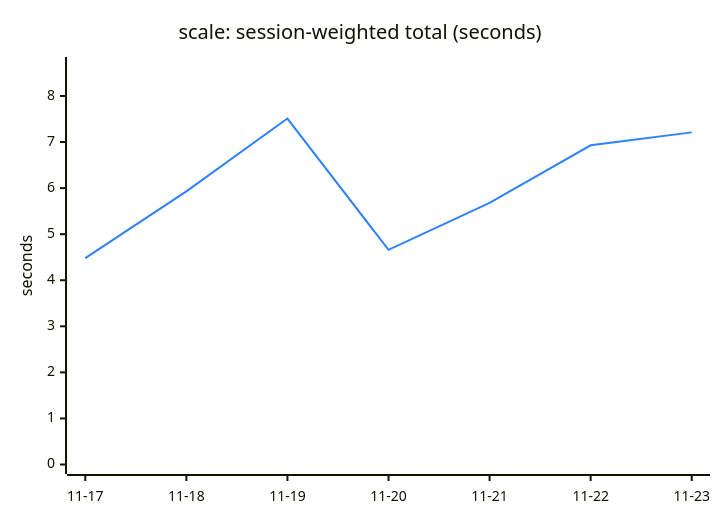
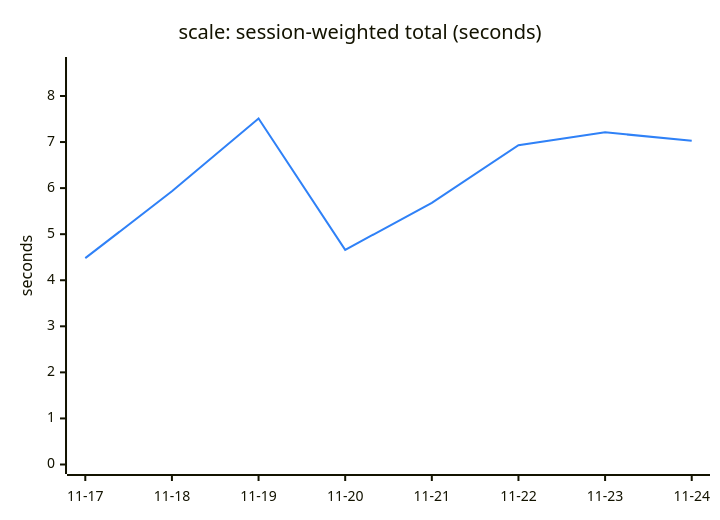
Before and after one commit to Ricovl/mxcli: the third of 6 diagrams in TREND.md, drawn with Mermaid. The commit also changed other lines of this file and 2 other files, not shown here.

````diff
--- a/TREND.md
+++ b/TREND.md
@@ -83,13 +83,13 @@
 ```mermaid
 ---
 config:
   themeVariables:
     xyChart:
       plotColorPalette: "#2f81f7"
 ---
 xychart-beta
     title "scale: session-weighted total (seconds)"
-    x-axis ["11-17", "11-18", "11-19", "11-20", "11-21", "11-22", "11-23"]
+    x-axis ["11-17", "11-18", "11-19", "11-20", "11-21", "11-22", "11-23", "11-24"]
     y-axis "seconds" 0 --> 8.64
-    line [4.48, 5.93, 7.51, 4.66, 5.68, 6.93, 7.21]
+    line [4.48, 5.93, 7.51, 4.66, 5.68, 6.93, 7.21, 7.03]
 ```
````
